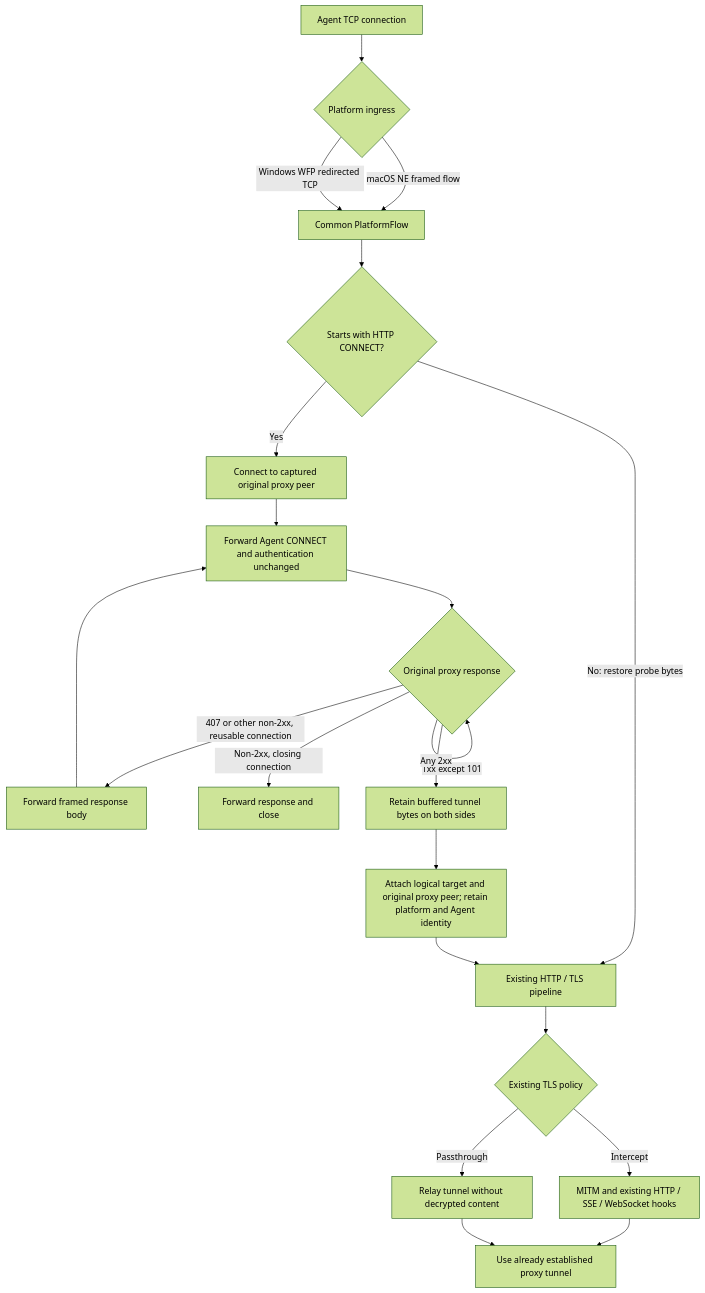
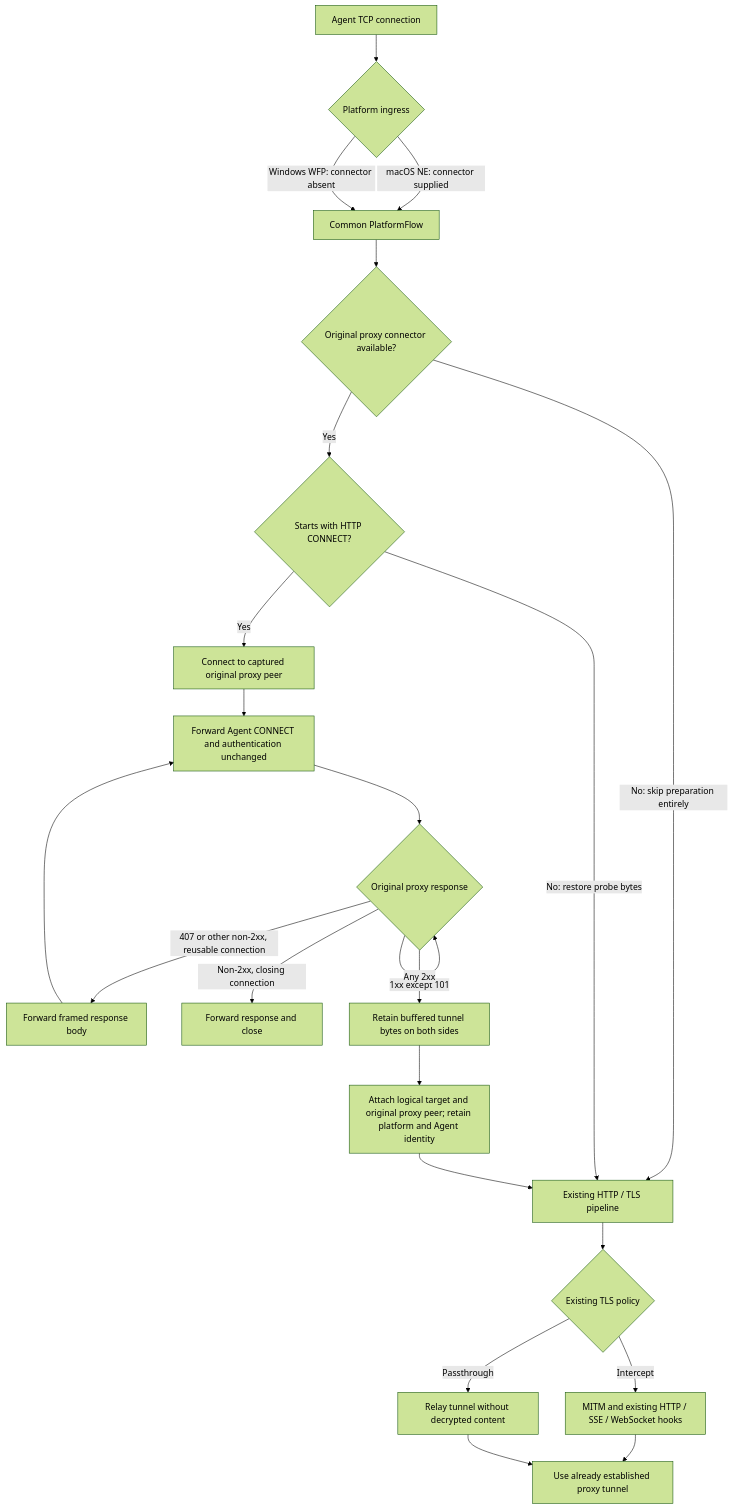
The diagram in docs/transparent-connect-design.md (lexmount/abyss-rs), drawn with Mermaid (forest theme) before and after one commit. The commit also changed other lines of this file and 11 other files, not shown here.

First line of the commit message:
refactor: gate proxy preservation by platform

````diff
--- a/docs/transparent-connect-design.md
+++ b/docs/transparent-connect-design.md
@@ -23,23 +27,25 @@
 ```mermaid
 flowchart TD
     A[Agent TCP connection] --> P{Platform ingress}
-    P -->|macOS NE framed flow| F[Common PlatformFlow]
-    P -->|Windows WFP redirected TCP| F
-    F --> D{Starts with HTTP CONNECT?}
-    D -->|No: restore probe bytes| M[Existing HTTP / TLS pipeline]
+    P -->|macOS NE: connector supplied| F[Common PlatformFlow]
+    P -->|Windows WFP: connector absent| F
+    F --> K{Original proxy connector available?}
+    K -->|No: skip preparation entirely| M[Existing HTTP / TLS pipeline]
+    K -->|Yes| D{Starts with HTTP CONNECT?}
+    D -->|No: restore probe bytes| M
     D -->|Yes| C[Connect to captured original proxy peer]
     C --> H[Forward Agent CONNECT and authentication unchanged]
     H --> R{Original proxy response}
     R -->|1xx except 101| R
     R -->|407 or other non-2xx, reusable connection| B[Forward framed response body]
     B --> H
     R -->|Non-2xx, closing connection| E[Forward response and close]
     R -->|Any 2xx| T[Retain buffered tunnel bytes on both sides]
     T --> N[Attach logical target and original proxy peer; retain platform and Agent identity]
     N --> M
     M --> I{Existing TLS policy}
     I -->|Intercept| X[MITM and existing HTTP / SSE / WebSocket hooks]
     I -->|Passthrough| Y[Relay tunnel without decrypted content]
     X --> O[Use already established proxy tunnel]
     Y --> O
 ```
````
